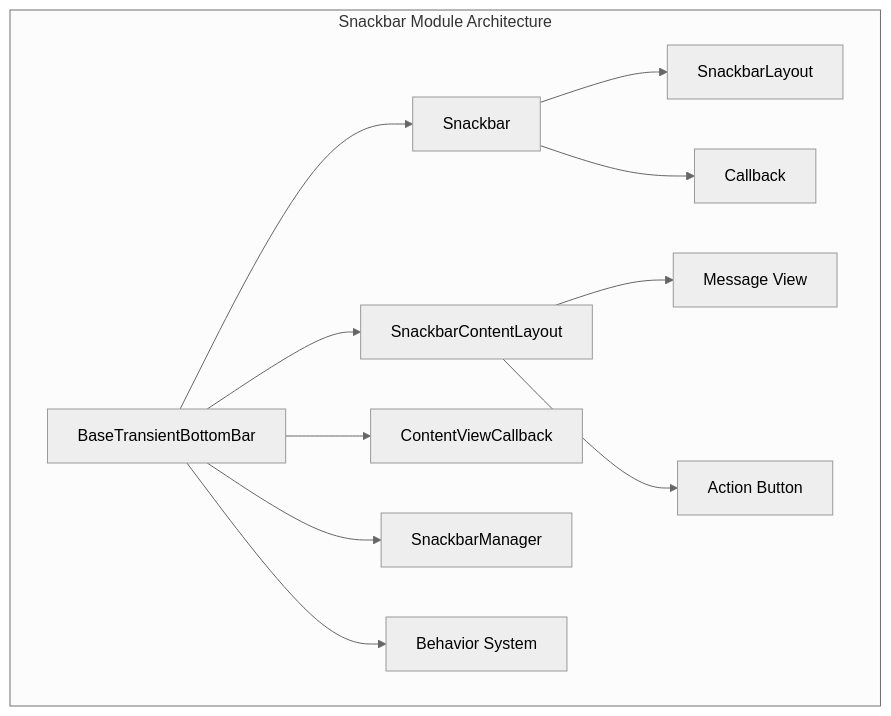
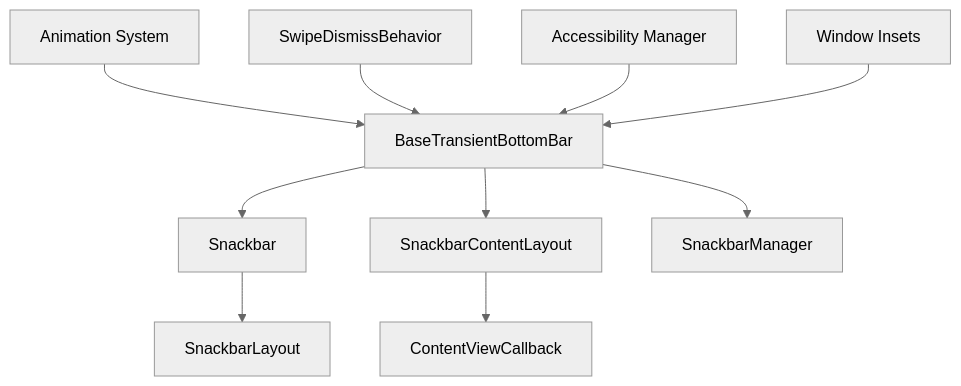
Before and after one commit to FSoft-AI4Code/codewiki-demo: the diagram in docs/material-components--material-components-android-docs/snackbar.md, drawn with Mermaid (neutral theme). The commit also changed other lines of this file and 1103 other files, not shown here.

````diff
--- a/docs/material-components--material-components-android-docs/snackbar.md
+++ b/docs/material-components--material-components-android-docs/snackbar.md
@@ -21,14 +18,13 @@
 ```mermaid
-graph TB
-    subgraph "Snackbar Module Architecture"
-        A[BaseTransientBottomBar] --> B[Snackbar]
-        A --> C[SnackbarContentLayout]
-        A --> D[ContentViewCallback]
-        B --> E[SnackbarLayout]
-        B --> F[Callback]
-        C --> G[Message View]
-        C --> H[Action Button]
-        A --> I[SnackbarManager]
-        A --> J[Behavior System]
-    end
+graph TD
+    A[BaseTransientBottomBar] --> B[Snackbar]
+    A --> C[SnackbarContentLayout]
+    A --> D[SnackbarManager]
+    B --> E[SnackbarLayout]
+    C --> F[ContentViewCallback]
+    
+    G[Animation System] --> A
+    H[SwipeDismissBehavior] --> A
+    I[Accessibility Manager] --> A
+    J[Window Insets] --> A
 ```
````
